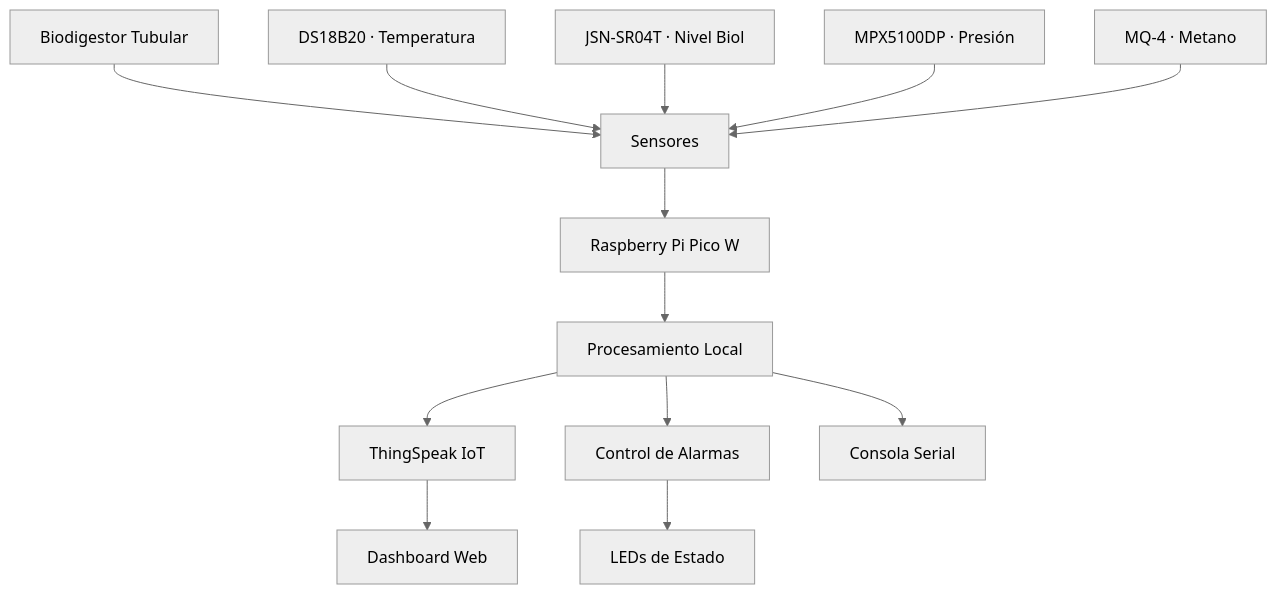
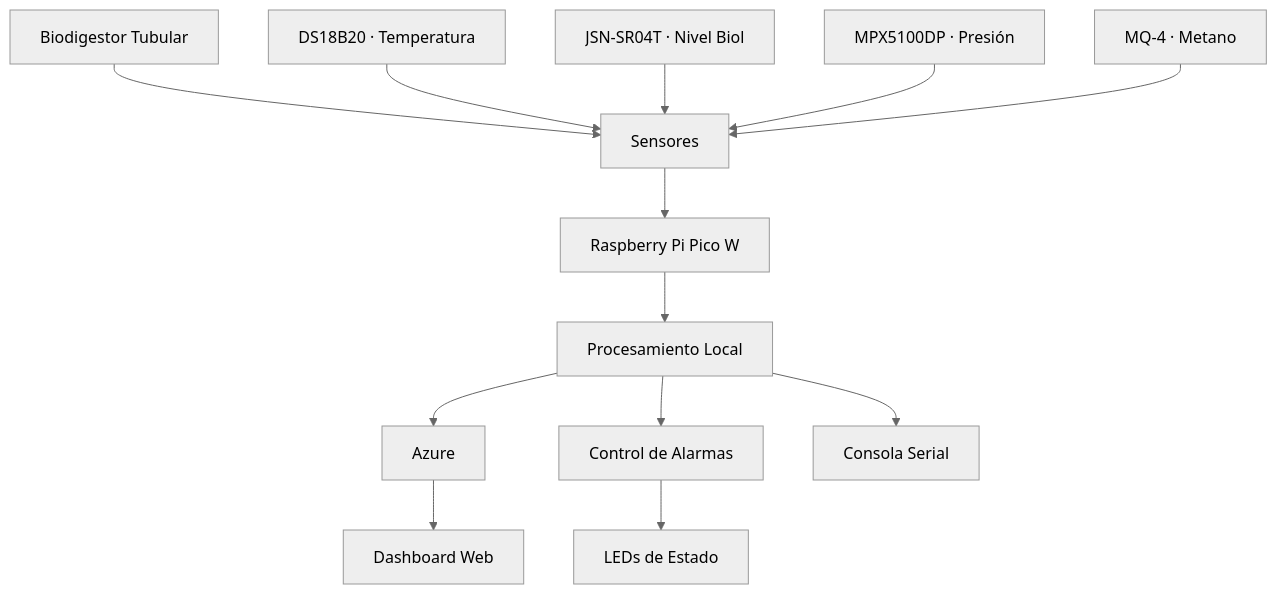
The diagram in README.md (Rafael-blink/biodigestor-iot-san-jose), drawn with Mermaid (neutral theme) before and after one commit.

Commit message:
Update IoT platform from ThingSpeak to Azure

````diff
--- a/README.md
+++ b/README.md
@@ -49,16 +49,16 @@
 ```mermaid
 graph TD
     A[Biodigestor Tubular] --> B[Sensores]
     B --> C[Raspberry Pi Pico W]
     C --> D[Procesamiento Local]
-    D --> E[ThingSpeak IoT]
+    D --> E[Azure]
     D --> F[Control de Alarmas]
     E --> G[Dashboard Web]
     F --> H[LEDs de Estado]
     D --> I[Consola Serial]
 
     B1[DS18B20 · Temperatura] --> B
     B2[JSN-SR04T · Nivel Biol] --> B
     B3[MPX5100DP · Presión] --> B
     B4[MQ-4 · Metano] --> B
 ```
````
